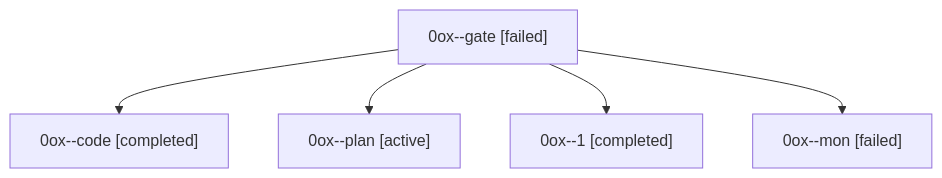
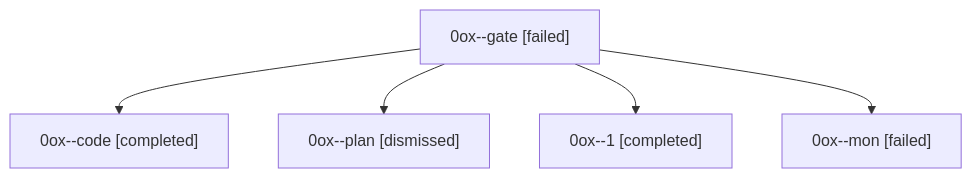
The diagram in sessions/bbugyi200.athena.0ox.md (sase-org/sase--agents), drawn with Mermaid before and after one commit. The commit also changed other lines of this file and 30 other files, not shown here.

````diff
--- a/sessions/bbugyi200.athena.0ox.md
+++ b/sessions/bbugyi200.athena.0ox.md
@@ -9,12 +9,12 @@
 ```mermaid
 flowchart TD
   n0["0ox--gate [failed]"]
   n1["0ox--code [completed]"]
   n0 --> n1
-  n2["0ox--plan [active]"]
+  n2["0ox--plan [dismissed]"]
   n0 --> n2
   n3["0ox--1 [completed]"]
   n0 --> n3
   n4["0ox--mon [failed]"]
   n0 --> n4
 ```
````
